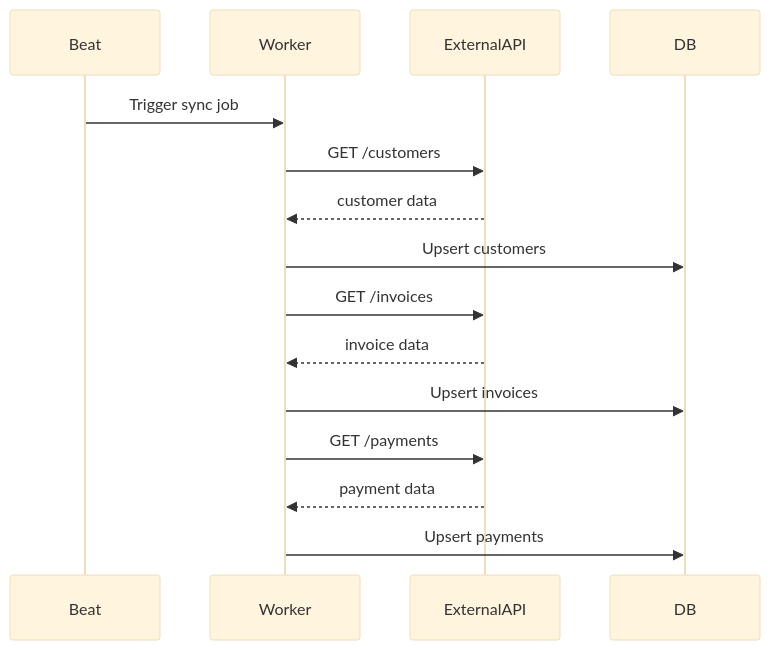
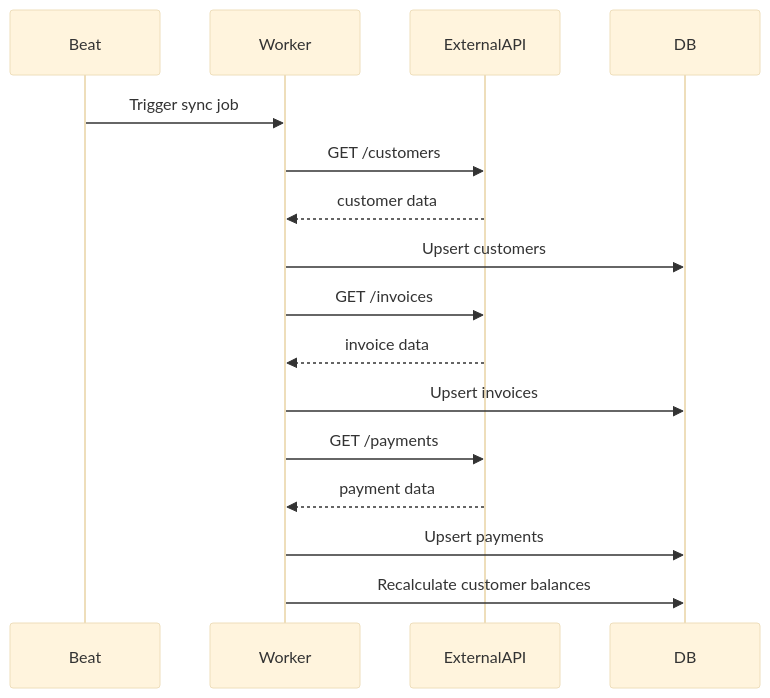
One commit to shikherjha/TakaadaSync changed the second of 4 diagrams in README.md. Above: the diagram before and after it, drawn with Mermaid (base theme). The commit also changed other lines of this file, not shown here.

````diff
--- a/README.md
+++ b/README.md
@@ -20,20 +34,21 @@
 ```mermaid
 sequenceDiagram
     participant Beat
     participant Worker
     participant ExternalAPI
     participant DB
 
     Beat->>Worker: Trigger sync job
     Worker->>ExternalAPI: GET /customers
     ExternalAPI-->>Worker: customer data
     Worker->>DB: Upsert customers
 
     Worker->>ExternalAPI: GET /invoices
     ExternalAPI-->>Worker: invoice data
     Worker->>DB: Upsert invoices
 
     Worker->>ExternalAPI: GET /payments
     ExternalAPI-->>Worker: payment data
     Worker->>DB: Upsert payments
+    Worker->>DB: Recalculate customer balances
 ```
````
